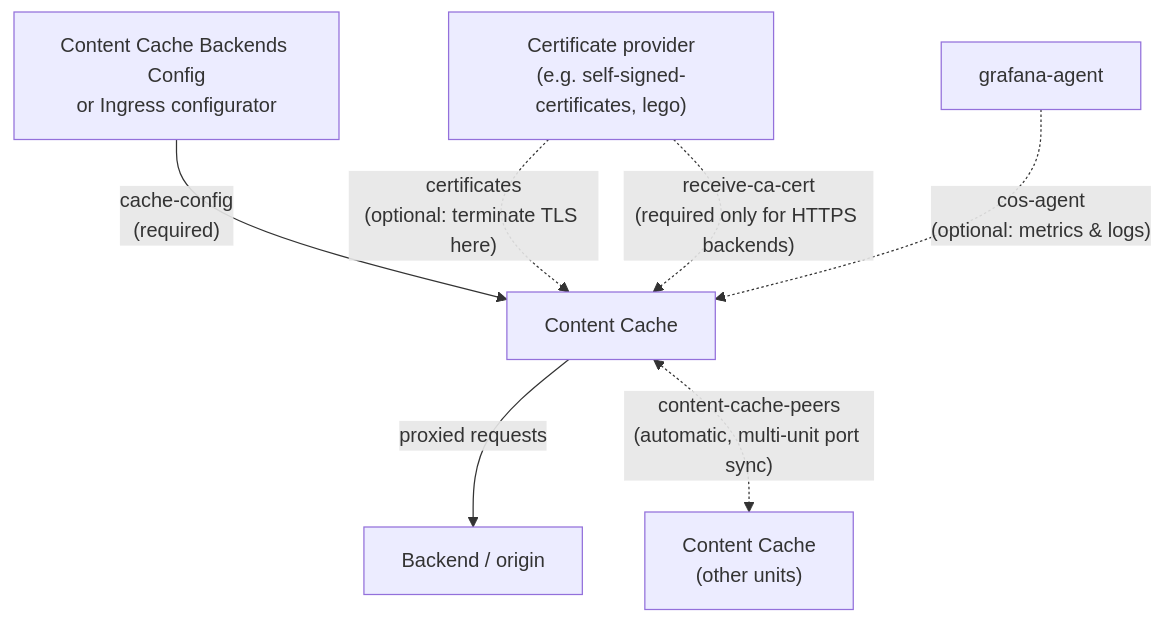
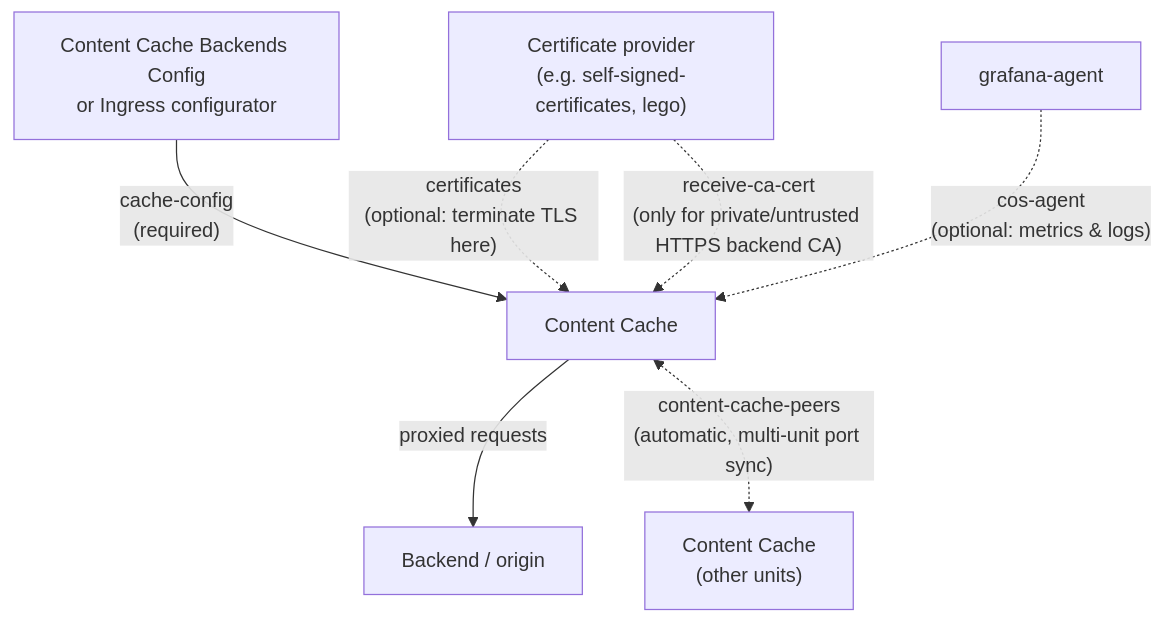
One commit to canonical/content-cache-operator changed the first of 4 diagrams in docs/reference/deployment-architecture.md. Above: the diagram before and after it, drawn with Mermaid. The commit also changed other lines of this file, not shown here.

````diff
--- a/docs/reference/deployment-architecture.md
+++ b/docs/reference/deployment-architecture.md
@@ -53,9 +53,9 @@
 ```{mermaid}
 flowchart TB
     BackendConfig["Content Cache Backends Config<br/>or Ingress configurator"] -->|"cache-config<br/>(required)"| CC["Content Cache"]
     CC -->|"proxied requests"| Backend["Backend / origin"]
     CertProvider["Certificate provider<br/>(e.g. self-signed-certificates, lego)"] -.->|"certificates<br/>(optional: terminate TLS here)"| CC
-    CertProvider -.->|"receive-ca-cert<br/>(required only for HTTPS backends)"| CC
+    CertProvider -.->|"receive-ca-cert<br/>(only for private/untrusted HTTPS backend CA)"| CC
     COS["grafana-agent"] -.->|"cos-agent<br/>(optional: metrics & logs)"| CC
     CC <-.->|"content-cache-peers<br/>(automatic, multi-unit port sync)"| CCPeer["Content Cache<br/>(other units)"]
 ```
````
